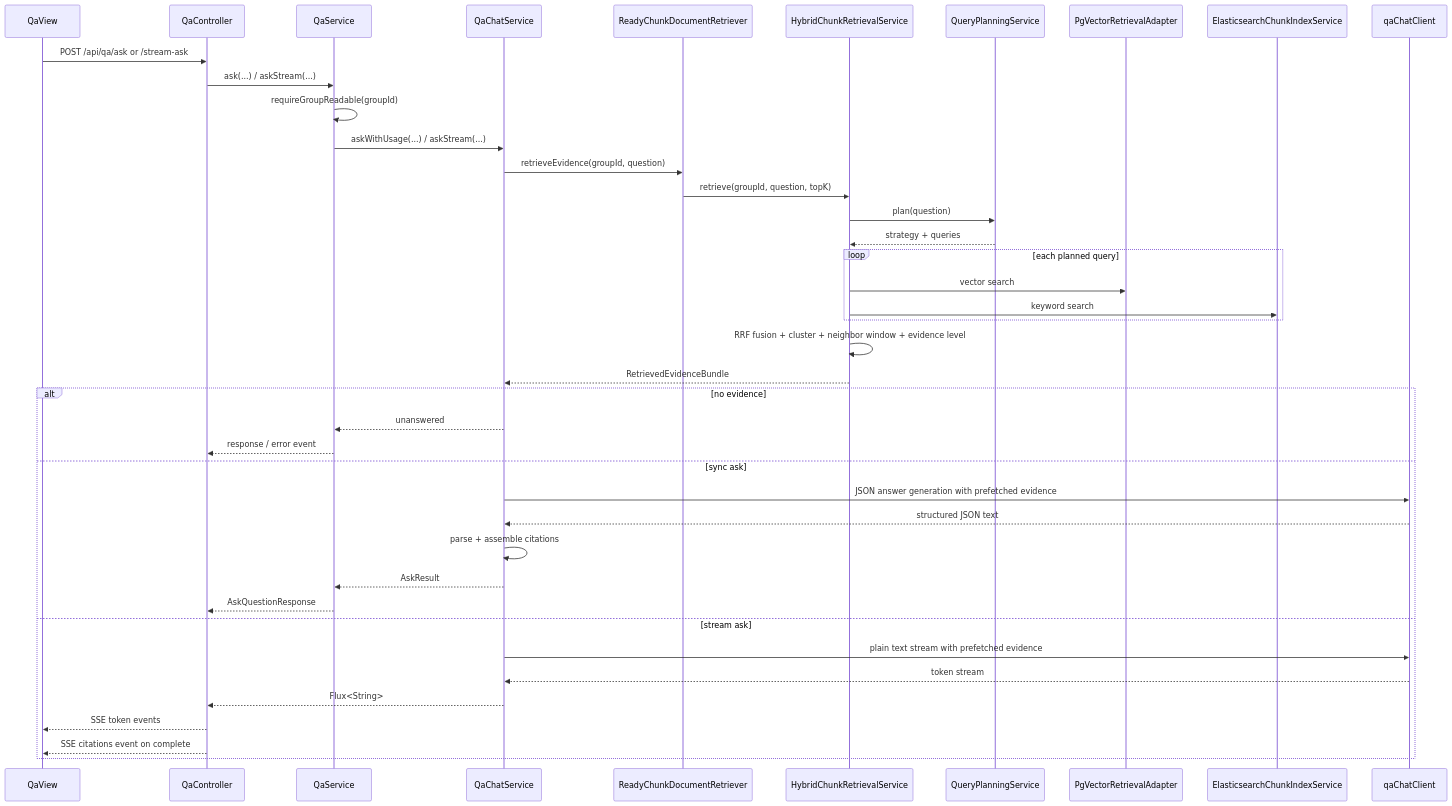
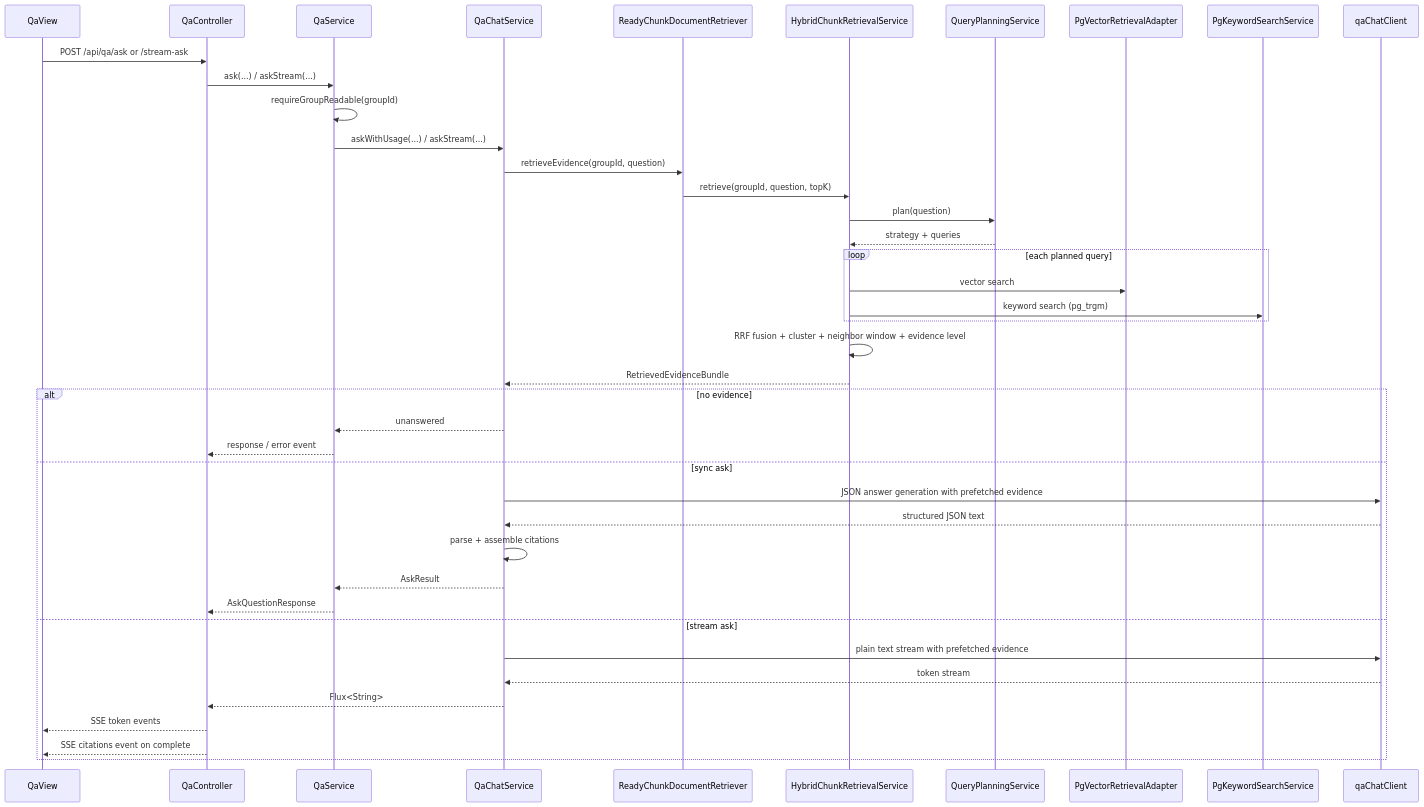
The diagram in docs/qa/问答模块整体流程与代码定位.md (wentao3225/Argus), drawn with Mermaid before and after one commit. The commit also changed other lines of this file, not shown here.

Commit message:
refactor(qa): 替换 Elasticsearch 关键词检索为 PgKeywordSearchService

````diff
--- a/docs/qa/问答模块整体流程与代码定位.md
+++ b/docs/qa/问答模块整体流程与代码定位.md
@@ -784,48 +783,48 @@
 ```mermaid
 sequenceDiagram
     participant FE as QaView
     participant QC as QaController
     participant QS as QaService
     participant QCS as QaChatService
     participant R as ReadyChunkDocumentRetriever
     participant H as HybridChunkRetrievalService
     participant QP as QueryPlanningService
     participant V as PgVectorRetrievalAdapter
-    participant ES as ElasticsearchChunkIndexService
+    participant PG as PgKeywordSearchService
     participant LLM as qaChatClient
 
     FE->>QC: POST /api/qa/ask or /stream-ask
     QC->>QS: ask(...) / askStream(...)
     QS->>QS: requireGroupReadable(groupId)
     QS->>QCS: askWithUsage(...) / askStream(...)
 
     QCS->>R: retrieveEvidence(groupId, question)
     R->>H: retrieve(groupId, question, topK)
     H->>QP: plan(question)
     QP-->>H: strategy + queries
 
     loop each planned query
         H->>V: vector search
-        H->>ES: keyword search
+        H->>PG: keyword search (pg_trgm)
     end
 
     H->>H: RRF fusion + cluster + neighbor window + evidence level
     H-->>QCS: RetrievedEvidenceBundle
 
     alt no evidence
         QCS-->>QS: unanswered
         QS-->>QC: response / error event
     else sync ask
         QCS->>LLM: JSON answer generation with prefetched evidence
         LLM-->>QCS: structured JSON text
         QCS->>QCS: parse + assemble citations
         QCS-->>QS: AskResult
         QS-->>QC: AskQuestionResponse
     else stream ask
         QCS->>LLM: plain text stream with prefetched evidence
         LLM-->>QCS: token stream
         QCS-->>QC: Flux<String>
         QC-->>FE: SSE token events
         QC-->>FE: SSE citations event on complete
     end
 ```
````
